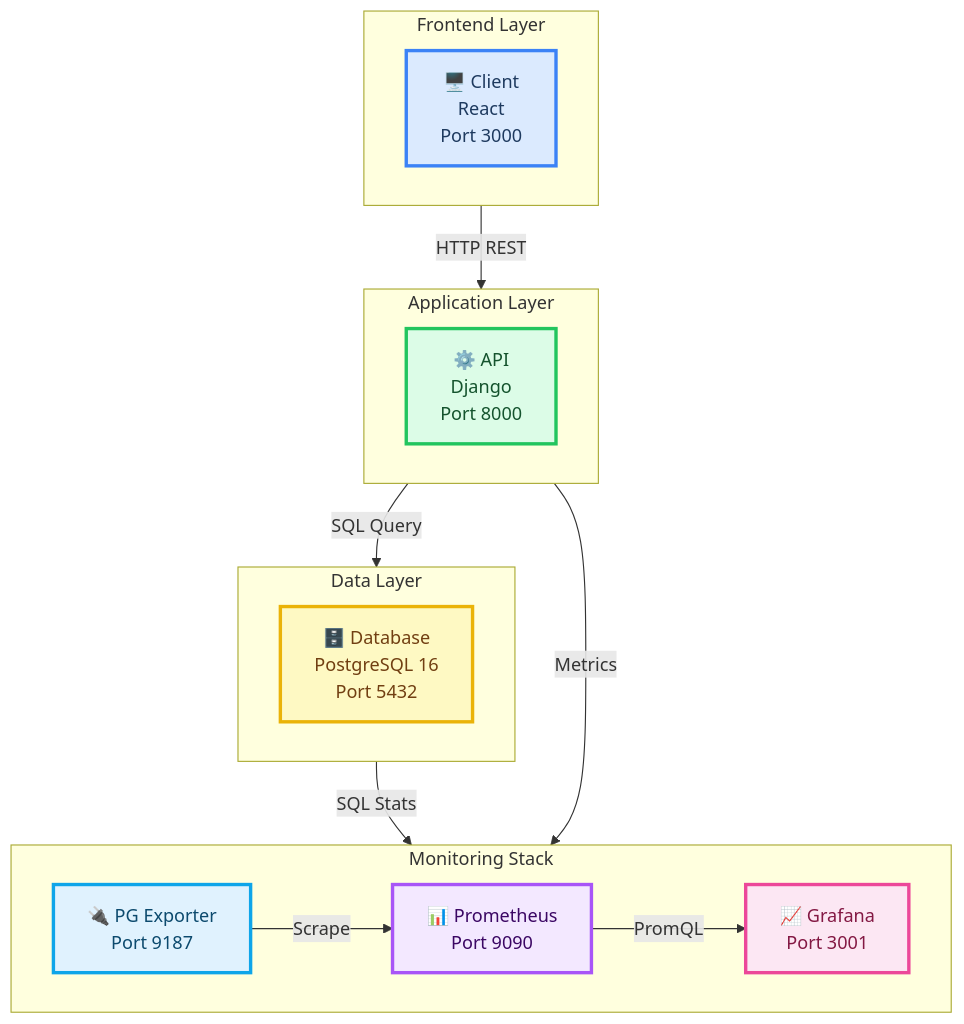
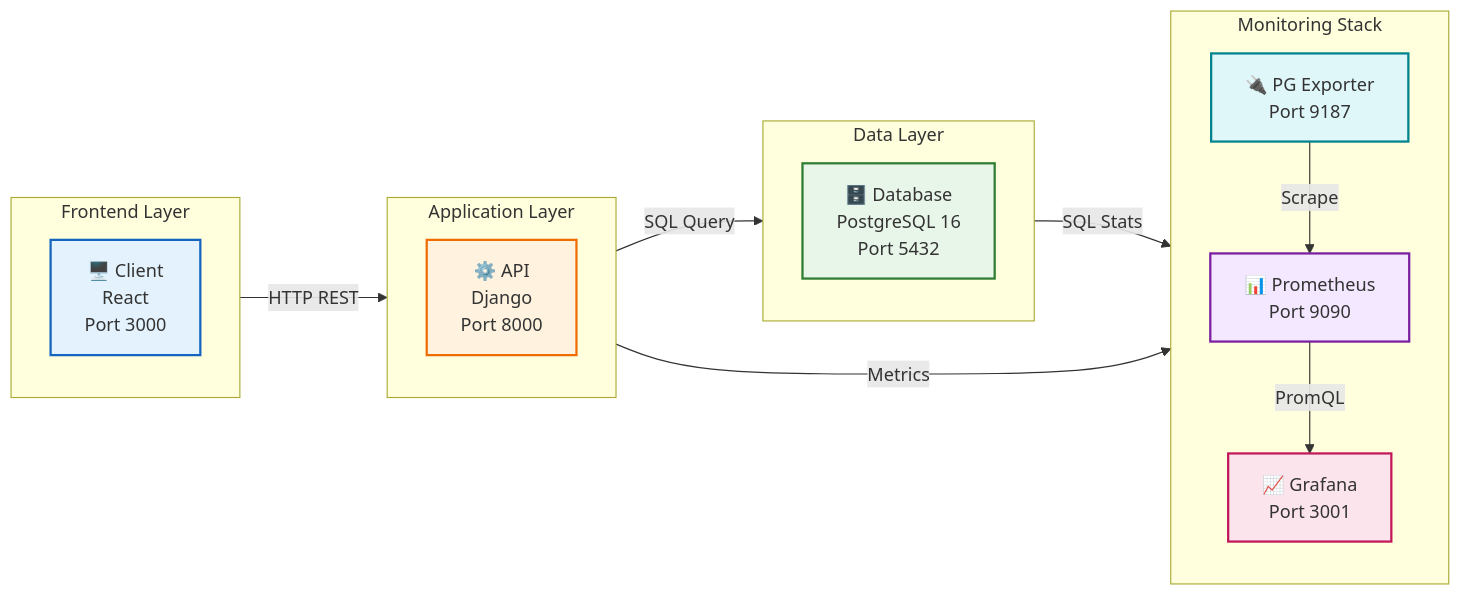
One commit to Mary-Mena21/learn-ops-infrastructure changed the third of 3 diagrams in system-map-ai.md. Above: the diagram before and after it, drawn with Mermaid. The commit also changed other lines of this file, not shown here.

Commit message:
Add system diagram Mermaid style

````diff
--- a/system-map-ai.md
+++ b/system-map-ai.md
@@ -62,38 +62,38 @@
 ```mermaid
-graph TB
+graph LR
     subgraph Frontend["Frontend Layer"]
-        direction LR
+        direction TB
         CLIENT["🖥️ Client<br/>React<br/>Port 3000"]
     end
 
     subgraph Application["Application Layer"]
-        direction LR
+        direction TB
         API["⚙️ API<br/>Django<br/>Port 8000"]
     end
 
     subgraph Data["Data Layer"]
-        direction LR
+        direction TB
         DB["🗄️ Database<br/>PostgreSQL 16<br/>Port 5432"]
     end
 
     subgraph Monitoring["Monitoring Stack"]
-        direction LR
+        direction TB
         PROM["📊 Prometheus<br/>Port 9090"]
         GRAF["📈 Grafana<br/>Port 3001"]
         PGEXP["🔌 PG Exporter<br/>Port 9187"]
     end
 
     CLIENT -->|HTTP REST| API
     API -->|SQL Query| DB
     API -->|Metrics| PROM
     DB -->|SQL Stats| PGEXP
     PGEXP -->|Scrape| PROM
     PROM -->|PromQL| GRAF
 
-    style CLIENT fill:#dbeafe,stroke:#3b82f6,stroke-width:3px,color:#1e3a5f
-    style API fill:#dcfce7,stroke:#22c55e,stroke-width:3px,color:#14532d
-    style DB fill:#fef9c3,stroke:#eab308,stroke-width:3px,color:#713f12
-    style PROM fill:#f3e8ff,stroke:#a855f7,stroke-width:3px,color:#3b0764
-    style GRAF fill:#fce7f3,stroke:#ec4899,stroke-width:3px,color:#831843
-    style PGEXP fill:#e0f2fe,stroke:#0ea5e9,stroke-width:3px,color:#0c4a6e
+    style CLIENT fill:#e3f2fd,stroke:#1565c0,stroke-width:2px
+    style API fill:#fff3e0,stroke:#ef6c00,stroke-width:2px
+    style DB fill:#e8f5e9,stroke:#2e7d32,stroke-width:2px
+    style PROM fill:#f3e8ff,stroke:#7b1fa2,stroke-width:2px
+    style GRAF fill:#fce4ec,stroke:#c2185b,stroke-width:2px
+    style PGEXP fill:#e0f7fa,stroke:#00838f,stroke-width:2px
 ```
````
